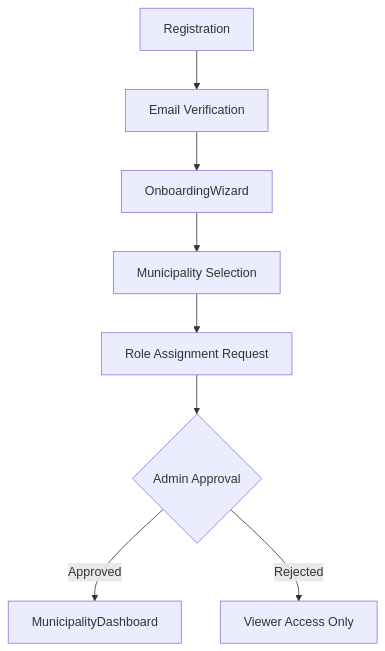
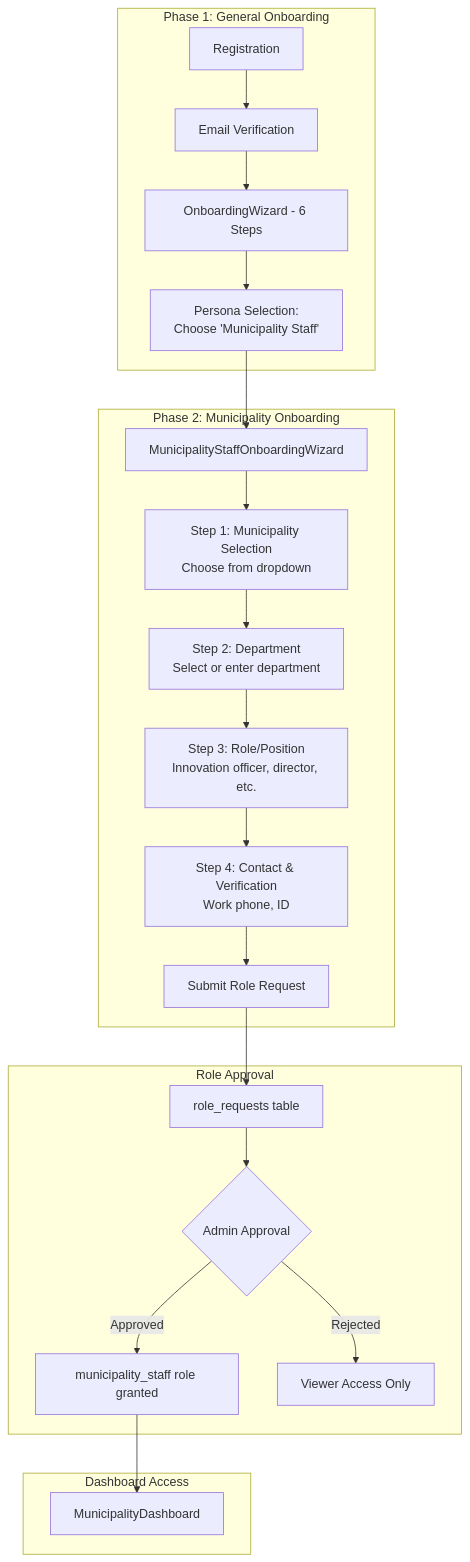
Before and after one commit to Qahtani1979/innovate-saudi: the diagram in docs/personas/MUNICIPALITY_STAFF_PERSONA.md, drawn with Mermaid. The commit also changed other lines of this file and 8 other files, not shown here.

````diff
--- a/docs/personas/MUNICIPALITY_STAFF_PERSONA.md
+++ b/docs/personas/MUNICIPALITY_STAFF_PERSONA.md
@@ -19,10 +19,28 @@
 ```mermaid
 graph TD
-    A[Registration] --> B[Email Verification]
-    B --> C[OnboardingWizard]
-    C --> D[Municipality Selection]
-    D --> E[Role Assignment Request]
-    E --> F{Admin Approval}
-    F -->|Approved| G[MunicipalityDashboard]
-    F -->|Rejected| H[Viewer Access Only]
+    subgraph PHASE1["Phase 1: General Onboarding"]
+        A[Registration] --> B[Email Verification]
+        B --> C[OnboardingWizard - 6 Steps]
+        C --> D["Persona Selection:<br/>Choose 'Municipality Staff'"]
+    end
+
+    subgraph PHASE2["Phase 2: Municipality Onboarding"]
+        D --> E[MunicipalityStaffOnboardingWizard]
+        E --> F[Step 1: Municipality Selection<br/>Choose from dropdown]
+        F --> G[Step 2: Department<br/>Select or enter department]
+        G --> H[Step 3: Role/Position<br/>Innovation officer, director, etc.]
+        H --> I[Step 4: Contact & Verification<br/>Work phone, ID]
+        I --> J[Submit Role Request]
+    end
+
+    subgraph APPROVAL["Role Approval"]
+        J --> K[role_requests table]
+        K --> L{Admin Approval}
+        L -->|Approved| M[municipality_staff role granted]
+        L -->|Rejected| N[Viewer Access Only]
+    end
+
+    subgraph DASHBOARD["Dashboard Access"]
+        M --> O[MunicipalityDashboard]
+    end
 ```
````
